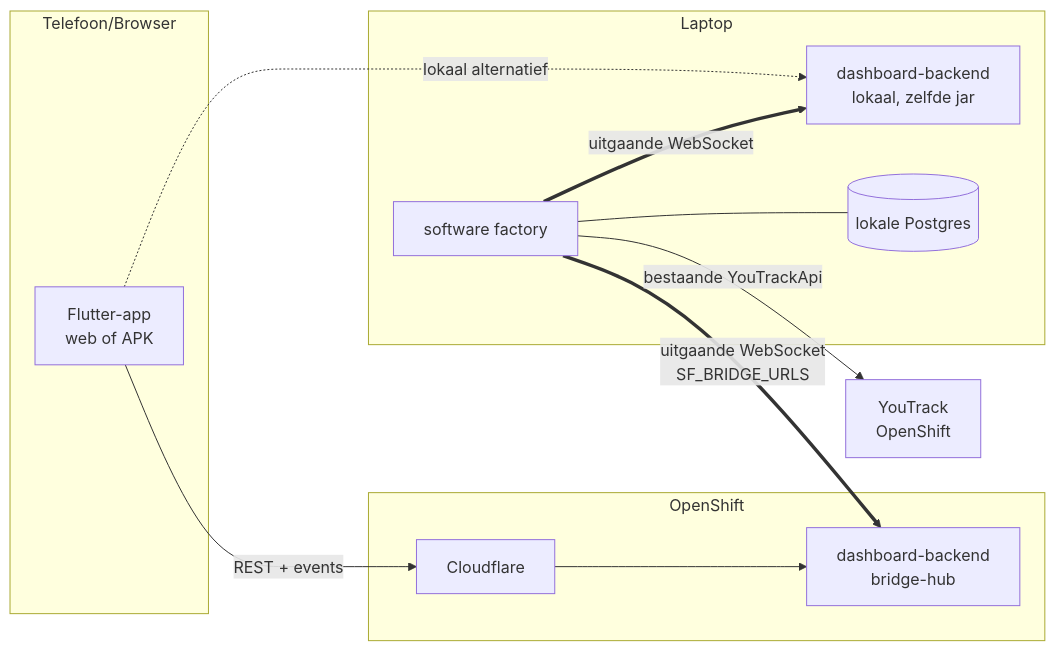
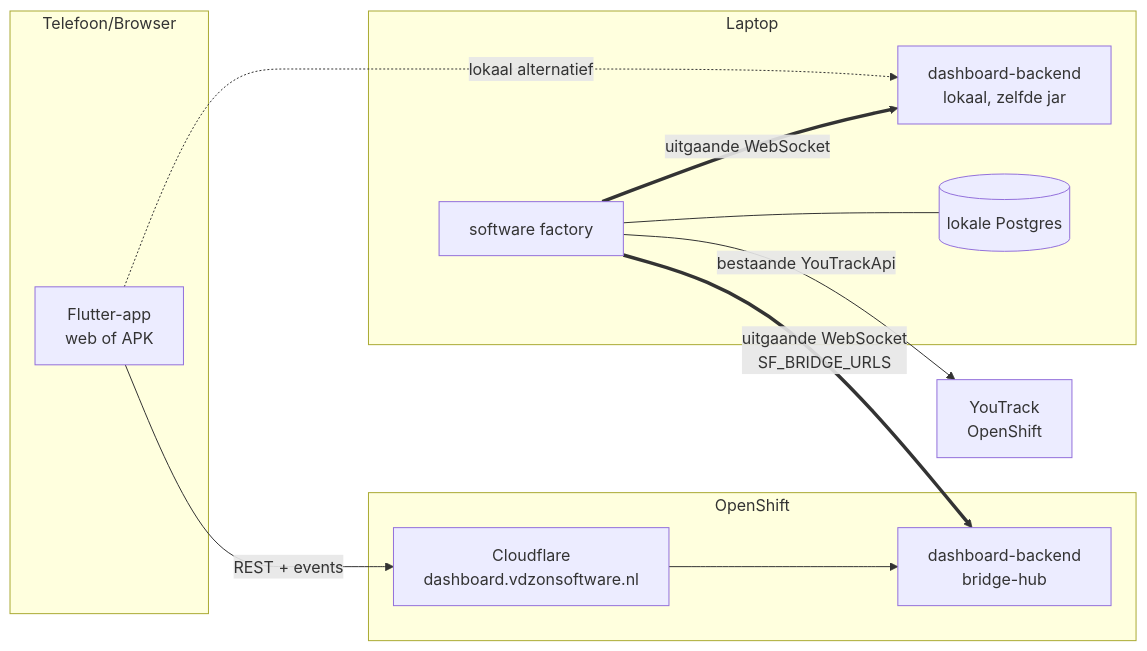
One commit to robbertvdzon/software-factory changed the diagram in docs/ontwerp-bridge-dashboard.md. Above: the diagram before and after it, drawn with Mermaid. The commit also changed other lines of this file, not shown here.

First line of the commit message:
Ontwerpdoc bridge-dashboard herschreven als zelfstandige bouwopdracht

````diff
--- a/docs/ontwerp-bridge-dashboard.md
+++ b/docs/ontwerp-bridge-dashboard.md
@@ -39,22 +126,22 @@
 ```mermaid
 flowchart LR
     subgraph Telefoon/Browser
       FL[Flutter-app<br/>web of APK]
     end
     subgraph OpenShift
-      CF[Cloudflare] --> BE1[dashboard-backend<br/>bridge-hub]
+      CF[Cloudflare<br/>dashboard.vdzonsoftware.nl] --> BE1[dashboard-backend<br/>bridge-hub]
     end
     subgraph Laptop
       BE2[dashboard-backend<br/>lokaal, zelfde jar]
       SF[software factory]
       DB[(lokale Postgres)]
       SF --- DB
     end
     YT[YouTrack<br/>OpenShift]
 
     FL -->|REST + events| CF
     FL -.->|lokaal alternatief| BE2
     SF ==>|uitgaande WebSocket<br/>SF_BRIDGE_URLS| BE1
     SF ==>|uitgaande WebSocket| BE2
     SF -->|bestaande YouTrackApi| YT
 ```
````
